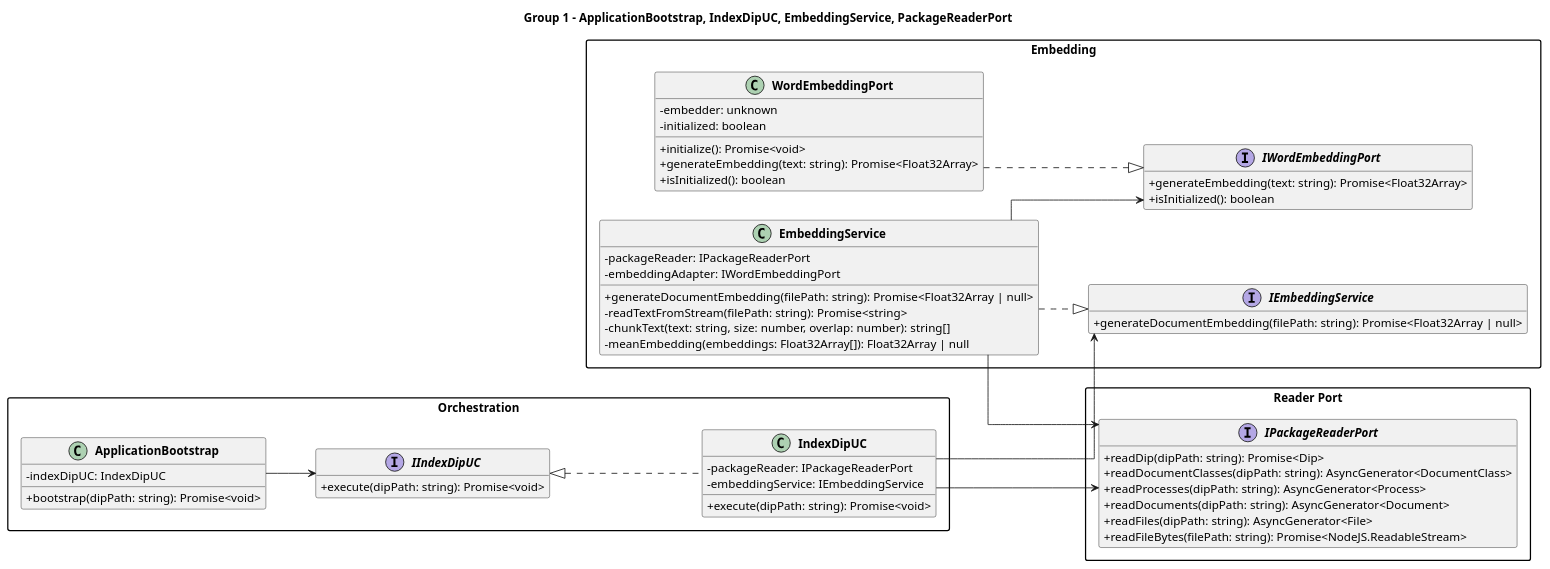
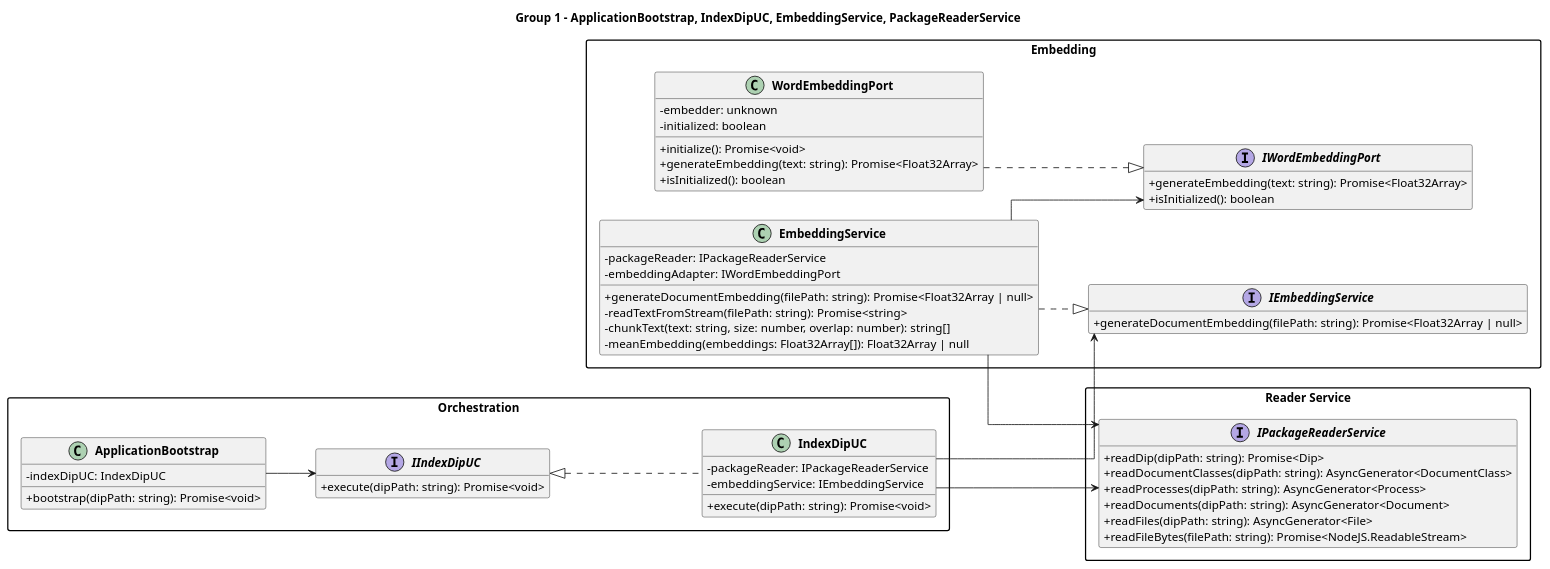
One commit to 7-ZPUs/Docs changed the diagram in 3_PB/DocumentiEsterni/DiagrammiSpecificaTecnica/C4/C4_Main_Indexing_Flow_group1_orchestration_embedding.puml. Above: the diagram before and after it, drawn with PlantUML. The commit also changed 11 other files, not shown here.

```diff
--- a/3_PB/DocumentiEsterni/DiagrammiSpecificaTecnica/C4/C4_Main_Indexing_Flow_group1_orchestration_embedding.puml
+++ b/3_PB/DocumentiEsterni/DiagrammiSpecificaTecnica/C4/C4_Main_Indexing_Flow_group1_orchestration_embedding.puml
@@ -1,76 +1,76 @@
 @startuml Class Diagram - Main Indexing Flow - Group 1
 
 left to right direction
 skinparam classAttributeIconSize 0
 skinparam classFontStyle bold
 skinparam packageStyle rectangle
 skinparam linetype ortho
 hide empty members
 
-title Group 1 - ApplicationBootstrap, IndexDipUC, EmbeddingService, PackageReaderPort
+title Group 1 - ApplicationBootstrap, IndexDipUC, EmbeddingService, PackageReaderService
 
 package "Orchestration" {
   class ApplicationBootstrap {
     - indexDipUC: IndexDipUC
     + bootstrap(dipPath: string): Promise<void>
   }
 
   interface IIndexDipUC {
     + execute(dipPath: string): Promise<void>
   }
 
   class IndexDipUC implements IIndexDipUC {
-    - packageReader: IPackageReaderPort
+    - packageReader: IPackageReaderService
     - embeddingService: IEmbeddingService
     + execute(dipPath: string): Promise<void>
   }
 }
 
 package "Embedding" {
   interface IEmbeddingService {
     + generateDocumentEmbedding(filePath: string): Promise<Float32Array | null>
   }
 
   class EmbeddingService {
-    - packageReader: IPackageReaderPort
+    - packageReader: IPackageReaderService
     - embeddingAdapter: IWordEmbeddingPort
     + generateDocumentEmbedding(filePath: string): Promise<Float32Array | null>
     - readTextFromStream(filePath: string): Promise<string>
     - chunkText(text: string, size: number, overlap: number): string[]
     - meanEmbedding(embeddings: Float32Array[]): Float32Array | null
   }
 
   interface IWordEmbeddingPort {
     + generateEmbedding(text: string): Promise<Float32Array>
     + isInitialized(): boolean
   }
 
   class WordEmbeddingPort {
     - embedder: unknown
     - initialized: boolean
     + initialize(): Promise<void>
     + generateEmbedding(text: string): Promise<Float32Array>
     + isInitialized(): boolean
   }
 }
 
-package "Reader Port" {
-  interface IPackageReaderPort {
+package "Reader Service" {
+  interface IPackageReaderService {
     + readDip(dipPath: string): Promise<Dip>
     + readDocumentClasses(dipPath: string): AsyncGenerator<DocumentClass>
     + readProcesses(dipPath: string): AsyncGenerator<Process>
     + readDocuments(dipPath: string): AsyncGenerator<Document>
     + readFiles(dipPath: string): AsyncGenerator<File>
     + readFileBytes(filePath: string): Promise<NodeJS.ReadableStream>
   }
 }
 
 ApplicationBootstrap --> IIndexDipUC
-IndexDipUC --> IPackageReaderPort
+IndexDipUC --> IPackageReaderService
 IndexDipUC --> IEmbeddingService
 EmbeddingService ..|> IEmbeddingService
-EmbeddingService --> IPackageReaderPort
+EmbeddingService --> IPackageReaderService
 EmbeddingService --> IWordEmbeddingPort
 WordEmbeddingPort ..|> IWordEmbeddingPort
 
 @enduml
```
